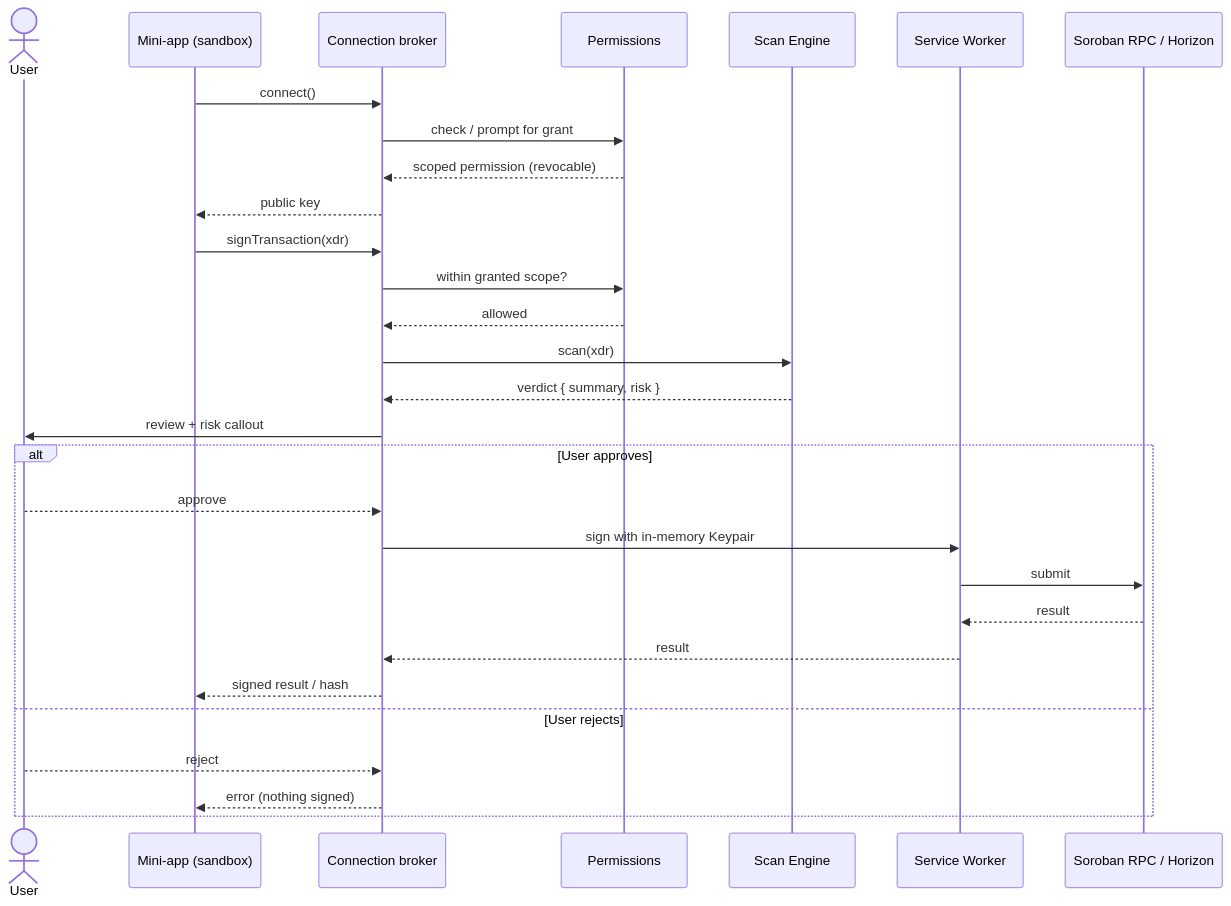
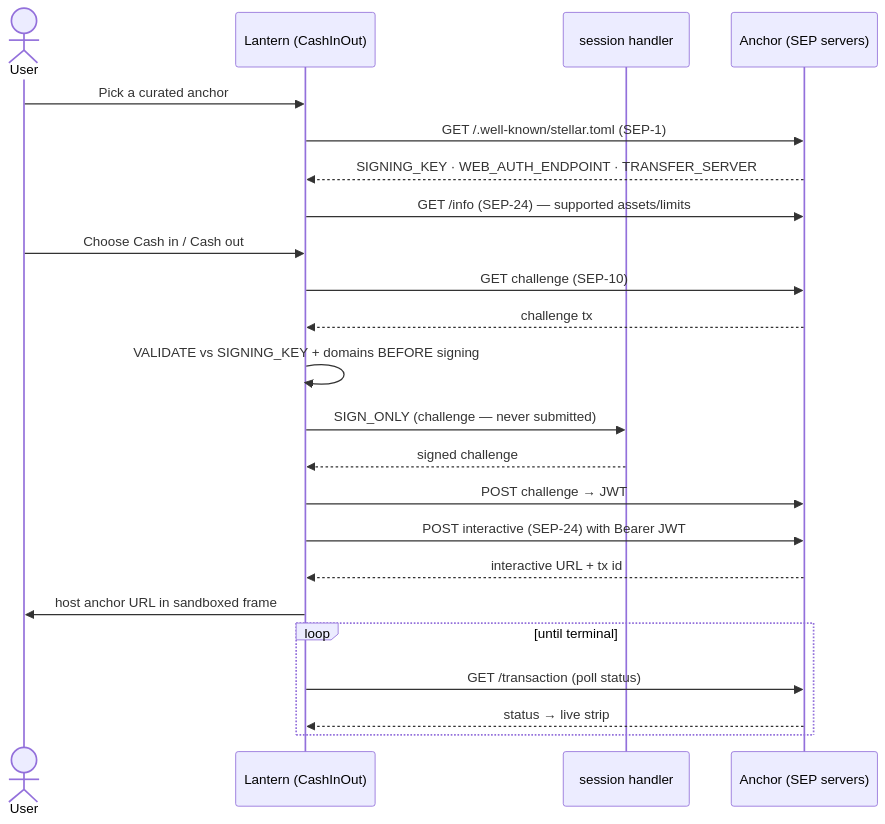
One commit to kimerran/stellar-lantern changed the fourth of 4 diagrams in README.md. Above: the diagram before and after it, drawn with Mermaid. The commit also changed other lines of this file, not shown here.

First line of the commit message:
docs: rewrite README for current state (architecture + sequence diagrams)

````diff
--- a/README.md
+++ b/README.md
@@ -273,33 +196,26 @@
 ```mermaid
 sequenceDiagram
     actor U as User
-    participant D as Mini-app (sandbox)
-    participant B as Connection broker
-    participant PM as Permissions
-    participant SC as Scan Engine
-    participant W as Service Worker
-    participant H as Soroban RPC / Horizon
+    participant L as Lantern (CashInOut)
+    participant W as session handler
+    participant A as Anchor (SEP servers)
 
-    D->>B: connect()
-    B->>PM: check / prompt for grant
-    PM-->>B: scoped permission (revocable)
-    B-->>D: public key
-
-    D->>B: signTransaction(xdr)
-    B->>PM: within granted scope?
-    PM-->>B: allowed
-    B->>SC: scan(xdr)
-    SC-->>B: verdict { summary, risk }
-    B->>U: review + risk callout
-    alt User approves
-        U-->>B: approve
-        B->>W: sign with in-memory Keypair
-        W->>H: submit
-        H-->>W: result
-        W-->>B: result
-        B-->>D: signed result / hash
-    else User rejects
-        U-->>B: reject
-        B-->>D: error (nothing signed)
+    U->>L: Pick a curated anchor
+    L->>A: GET /.well-known/stellar.toml (SEP-1)
+    A-->>L: SIGNING_KEY · WEB_AUTH_ENDPOINT · TRANSFER_SERVER
+    L->>A: GET /info (SEP-24) — supported assets/limits
+    U->>L: Choose Cash in / Cash out
+    L->>A: GET challenge (SEP-10)
+    A-->>L: challenge tx
+    L->>L: VALIDATE vs SIGNING_KEY + domains BEFORE signing
+    L->>W: SIGN_ONLY (challenge — never submitted)
+    W-->>L: signed challenge
+    L->>A: POST challenge → JWT
+    L->>A: POST interactive (SEP-24) with Bearer JWT
+    A-->>L: interactive URL + tx id
+    L->>U: host anchor URL in sandboxed frame
+    loop until terminal
+        L->>A: GET /transaction (poll status)
+        A-->>L: status → live strip
     end
 ```
````
